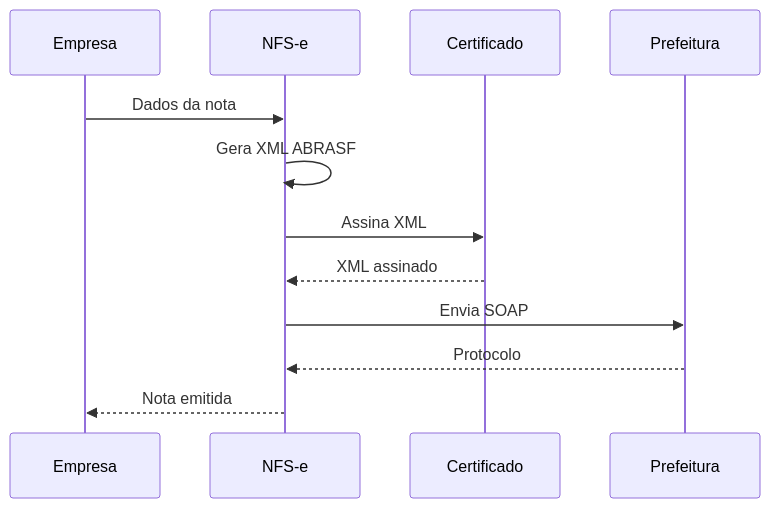
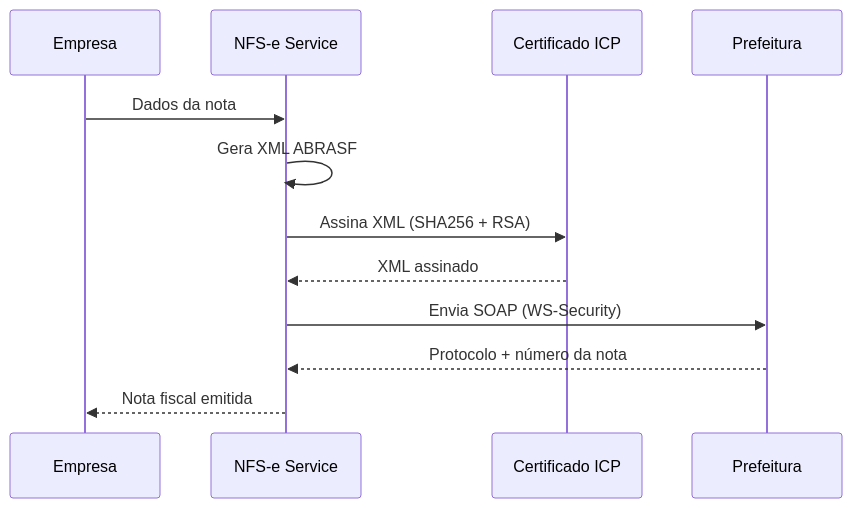
The first of 2 diagrams in packages/docs/challenges/07-nfse.md (mateussiqueira/banking-stack), drawn with Mermaid before and after one commit. The commit also changed other lines of this file, not shown here.

Commit message:
feat: rewrite challenge 07 NFS-e with TS/Go toggle format

````diff
--- a/packages/docs/challenges/07-nfse.md
+++ b/packages/docs/challenges/07-nfse.md
@@ -20,15 +28,15 @@
 ```mermaid
 sequenceDiagram
-    participant Empresa
-    participant NFS-e
-    participant Certificado
-    participant Prefeitura
+    participant E as Empresa
+    participant NFS as NFS-e Service
+    participant CERT as Certificado ICP
+    participant PREF as Prefeitura
 
-    Empresa->>NFS-e: Dados da nota
-    NFS-e->>NFS-e: Gera XML ABRASF
-    NFS-e->>Certificado: Assina XML
-    Certificado-->>NFS-e: XML assinado
-    NFS-e->>Prefeitura: Envia SOAP
-    Prefeitura-->>NFS-e: Protocolo
-    NFS-e-->>Empresa: Nota emitida
+    E->>NFS: Dados da nota
+    NFS->>NFS: Gera XML ABRASF
+    NFS->>CERT: Assina XML (SHA256 + RSA)
+    CERT-->>NFS: XML assinado
+    NFS->>PREF: Envia SOAP (WS-Security)
+    PREF-->>NFS: Protocolo + número da nota
+    NFS-->>E: Nota fiscal emitida
 ```
````
